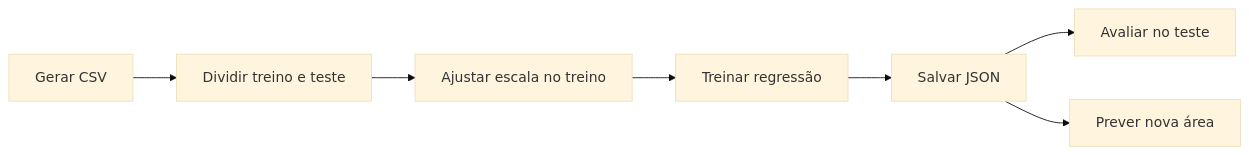
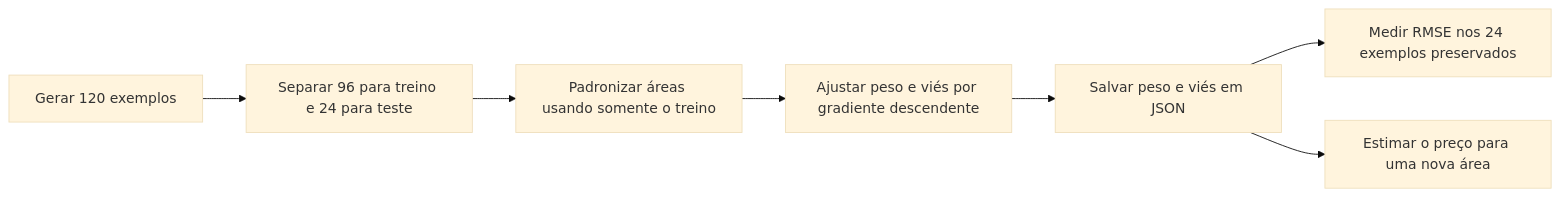
One commit to instituto-nova-sos/machine-learning changed the second of 2 diagrams in README.md. Above: the diagram before and after it, drawn with Mermaid (base theme). The commit also changed other lines of this file, not shown here.

Commit message:
docs: detalha projeto de regressão imobiliária

````diff
--- a/README.md
+++ b/README.md
@@ -373,9 +422,9 @@
 ```mermaid
 flowchart LR
-    G[Gerar CSV] --> D[Dividir treino e teste]
-    D --> S[Ajustar escala no treino]
-    S --> T[Treinar regressão]
-    T --> A[Salvar JSON]
-    A --> E[Avaliar no teste]
-    A --> P[Prever nova área]
+    G[Gerar 120 exemplos] --> D[Separar 96 para treino e 24 para teste]
+    D --> S[Padronizar áreas usando somente o treino]
+    S --> T[Ajustar peso e viés por gradiente descendente]
+    T --> A[Salvar peso e viés em JSON]
+    A --> E[Medir RMSE nos 24 exemplos preservados]
+    A --> P[Estimar o preço para uma nova área]
 ```
````
